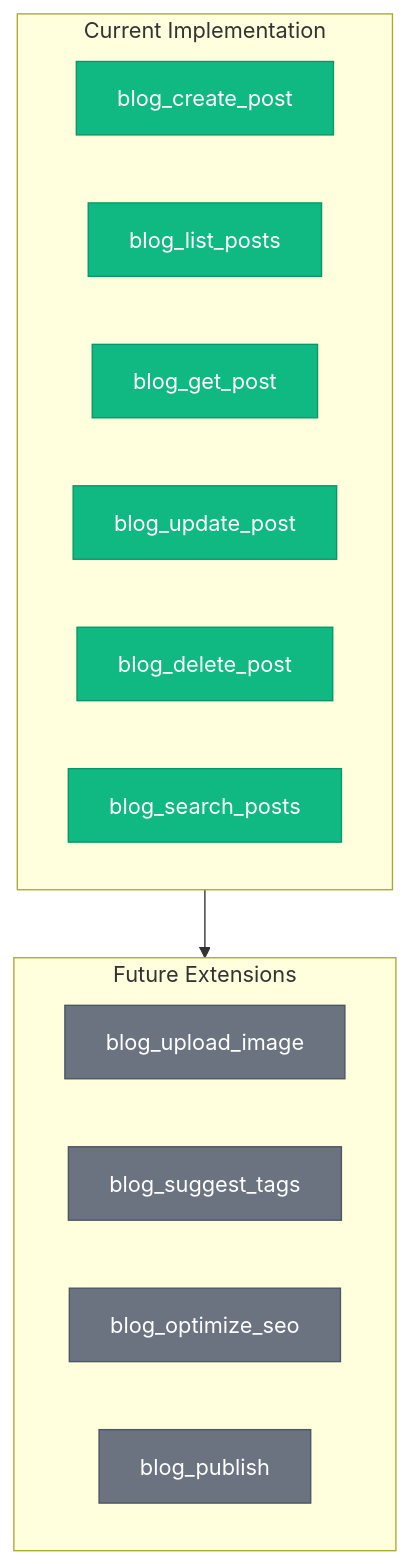
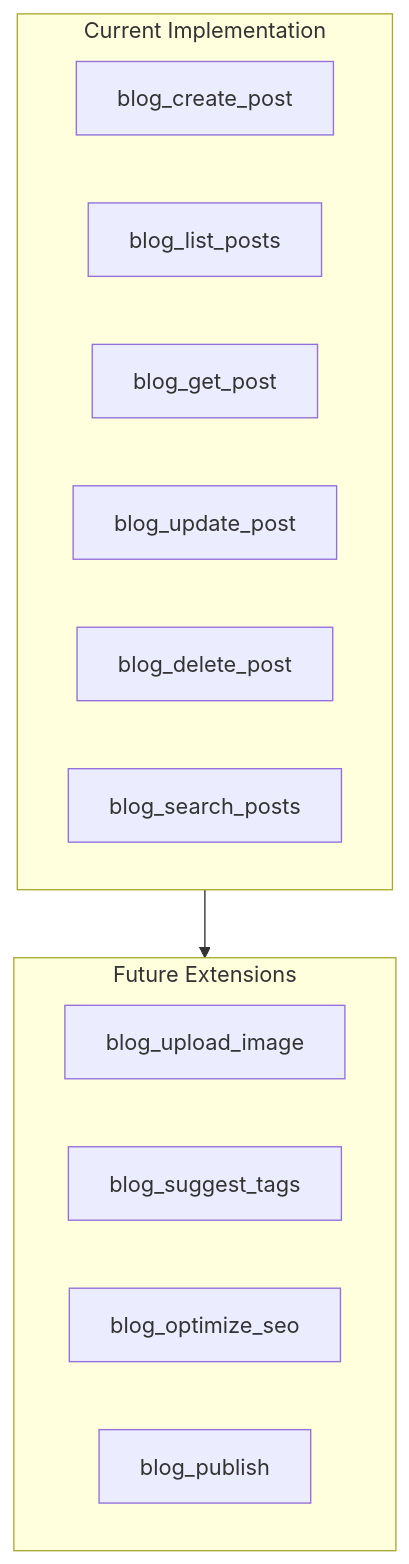
Before and after one commit to yarang/blogs: the fourth of 4 diagrams in content/en/post/2026-02-21-004-mcp-blog-automation.md, drawn with Mermaid. The commit also changed other lines of this file and 3 other files, not shown here.

First line of the commit message:
Simplify Mermaid diagrams for web compatibility

````diff
--- a/content/en/post/2026-02-21-004-mcp-blog-automation.md
+++ b/content/en/post/2026-02-21-004-mcp-blog-automation.md
@@ -242,23 +227,20 @@
 ```mermaid
 flowchart TB
-    classDef current fill:#10B981,stroke:#059669,color:#fff
-    classDef future fill:#6B7280,stroke:#4B5563,color:#fff
-
-    subgraph Current["Current Implementation"]
-        C1["blog_create_post"]:::current
-        C2["blog_list_posts"]:::current
-        C3["blog_get_post"]:::current
-        C4["blog_update_post"]:::current
-        C5["blog_delete_post"]:::current
-        C6["blog_search_posts"]:::current
+    subgraph Current[Current Implementation]
+        C1[blog_create_post]
+        C2[blog_list_posts]
+        C3[blog_get_post]
+        C4[blog_update_post]
+        C5[blog_delete_post]
+        C6[blog_search_posts]
     end
 
-    subgraph Future["Future Extensions"]
-        F1["blog_upload_image"]:::future
-        F2["blog_suggest_tags"]:::future
-        F3["blog_optimize_seo"]:::future
-        F4["blog_publish"]:::future
+    subgraph Future[Future Extensions]
+        F1[blog_upload_image]
+        F2[blog_suggest_tags]
+        F3[blog_optimize_seo]
+        F4[blog_publish]
     end
 
     Current --> Future
 ```
````
